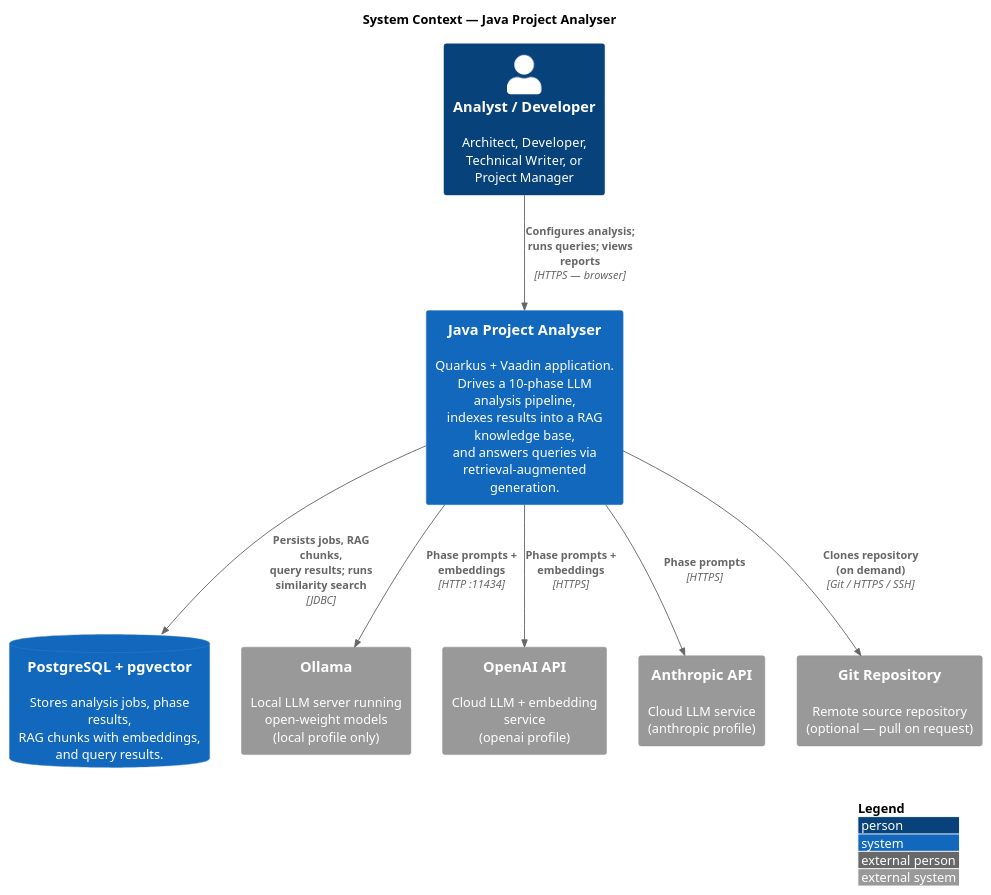
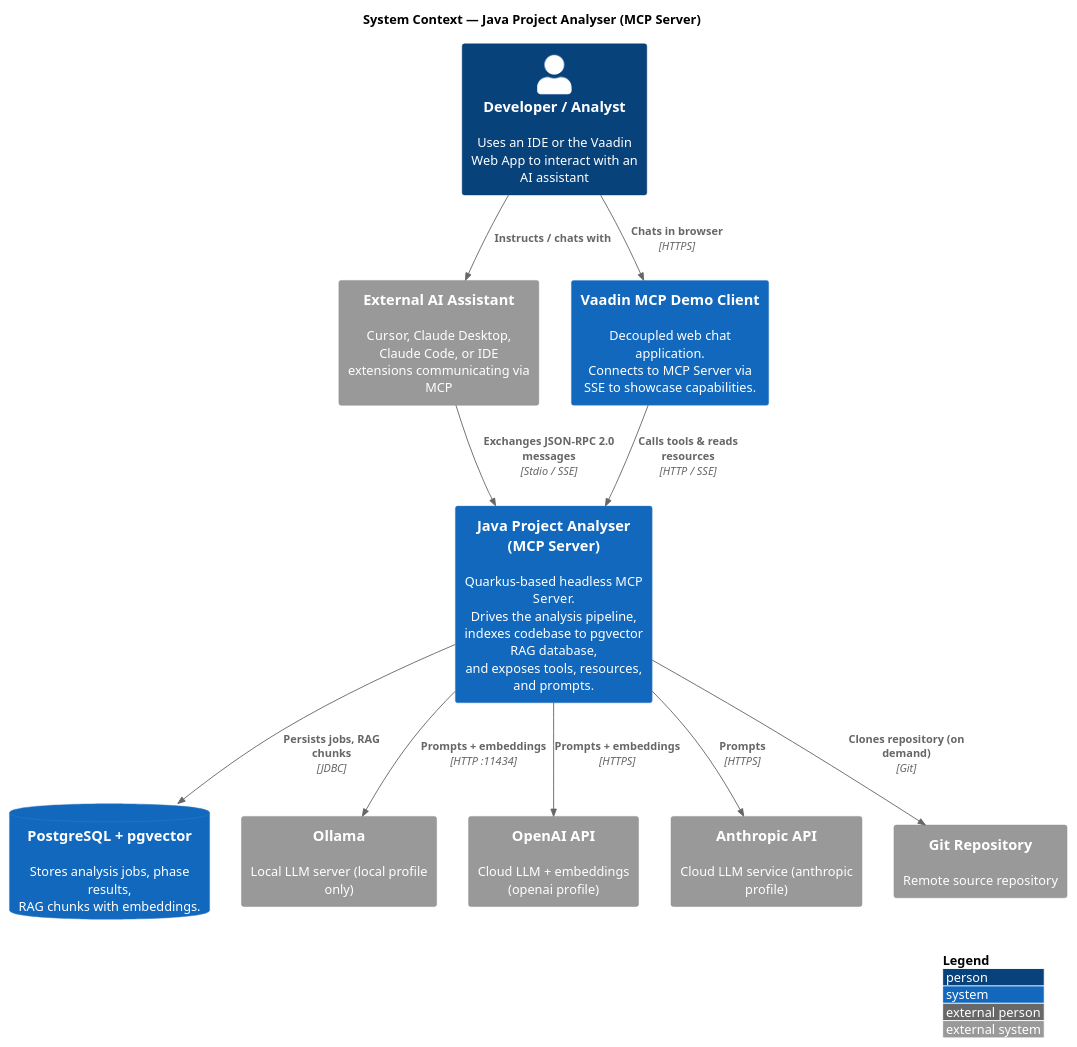
The diagram in src/docs/arc42/chapters/03-context-and-scope.adoc (JohannesRabauer/java-project-analyser), drawn with PlantUML before and after one commit. The commit also changed other lines of this file and 10 other files, not shown here.

```diff
--- a/src/docs/arc42/chapters/03-context-and-scope.adoc
+++ b/src/docs/arc42/chapters/03-context-and-scope.adoc
@@ -15,27 +17,34 @@
 [plantuml, c4-context, svg]
 ....
 @startuml
 !include <C4/C4_Context>
 LAYOUT_WITH_LEGEND()
 
-title System Context — Java Project Analyser
+title System Context — Java Project Analyser (MCP Server)
 
-Person(user, "Analyst / Developer", "Architect, Developer,\nTechnical Writer, or\nProject Manager")
+Person(user, "Developer / Analyst", "Uses an IDE or the Vaadin Web App to interact with an AI assistant")
 
-System(analyser, "Java Project Analyser", "Quarkus + Vaadin application.\nDrives a 10-phase LLM analysis pipeline,\nindexes results into a RAG knowledge base,\nand answers queries via retrieval-augmented generation.")
+System_Ext(ai_client, "External AI Assistant", "Cursor, Claude Desktop, Claude Code, or IDE extensions communicating via MCP")
 
-SystemDb(postgres, "PostgreSQL + pgvector", "Stores analysis jobs, phase results,\nRAG chunks with embeddings,\nand query results.")
+System(mcp_server, "Java Project Analyser (MCP Server)", "Quarkus-based headless MCP Server.\nDrives the analysis pipeline,\nindexes codebase to pgvector RAG database,\nand exposes tools, resources, and prompts.")
 
-System_Ext(ollama, "Ollama", "Local LLM server running\nopen-weight models\n(local profile only)")
-System_Ext(openai, "OpenAI API", "Cloud LLM + embedding service\n(openai profile)")
-System_Ext(anthropic, "Anthropic API", "Cloud LLM service\n(anthropic profile)")
-System_Ext(git, "Git Repository", "Remote source repository\n(optional — pull on request)")
+System(vaadin_client, "Vaadin MCP Demo Client", "Decoupled web chat application.\nConnects to MCP Server via SSE to showcase capabilities.")
 
-Rel(user, analyser, "Configures analysis;\nruns queries; views reports", "HTTPS — browser")
-Rel(analyser, postgres,   "Persists jobs, RAG chunks,\nquery results; runs similarity search", "JDBC")
-Rel(analyser, ollama,    "Phase prompts + embeddings", "HTTP :11434")
-Rel(analyser, openai,    "Phase prompts + embeddings", "HTTPS")
-Rel(analyser, anthropic, "Phase prompts", "HTTPS")
-Rel(analyser, git, "Clones repository\n(on demand)", "Git / HTTPS / SSH")
+SystemDb(postgres, "PostgreSQL + pgvector", "Stores analysis jobs, phase results,\nRAG chunks with embeddings.")
+
+System_Ext(ollama, "Ollama", "Local LLM server (local profile only)")
+System_Ext(openai, "OpenAI API", "Cloud LLM + embeddings (openai profile)")
+System_Ext(anthropic, "Anthropic API", "Cloud LLM service (anthropic profile)")
+System_Ext(git, "Git Repository", "Remote source repository")
+
+Rel(user, ai_client, "Instructs / chats with")
+Rel(user, vaadin_client, "Chats in browser", "HTTPS")
+Rel(vaadin_client, mcp_server, "Calls tools & reads resources", "HTTP / SSE")
+Rel(ai_client, mcp_server, "Exchanges JSON-RPC 2.0 messages", "Stdio / SSE")
+Rel(mcp_server, postgres,   "Persists jobs, RAG chunks", "JDBC")
+Rel(mcp_server, ollama,    "Prompts + embeddings", "HTTP :11434")
+Rel(mcp_server, openai,    "Prompts + embeddings", "HTTPS")
+Rel(mcp_server, anthropic, "Prompts", "HTTPS")
+Rel(mcp_server, git, "Clones repository (on demand)", "Git")
 @enduml
 ....
```
